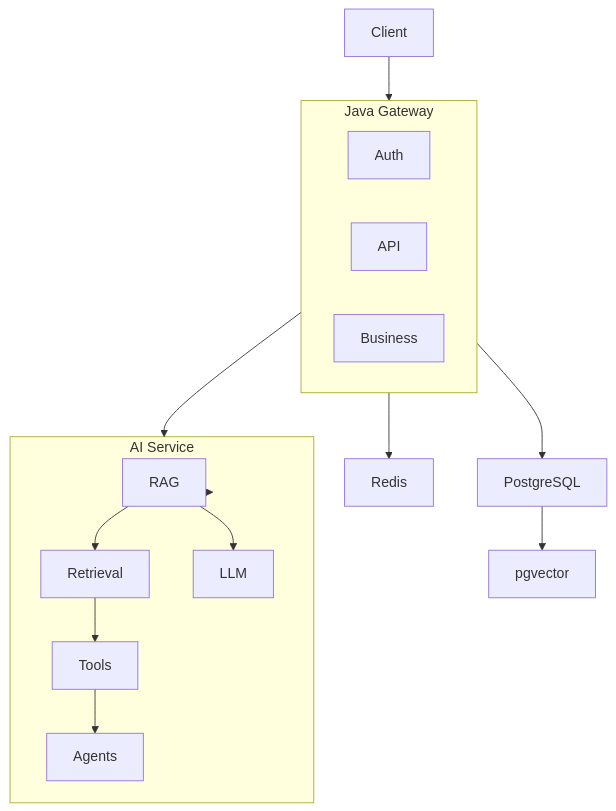
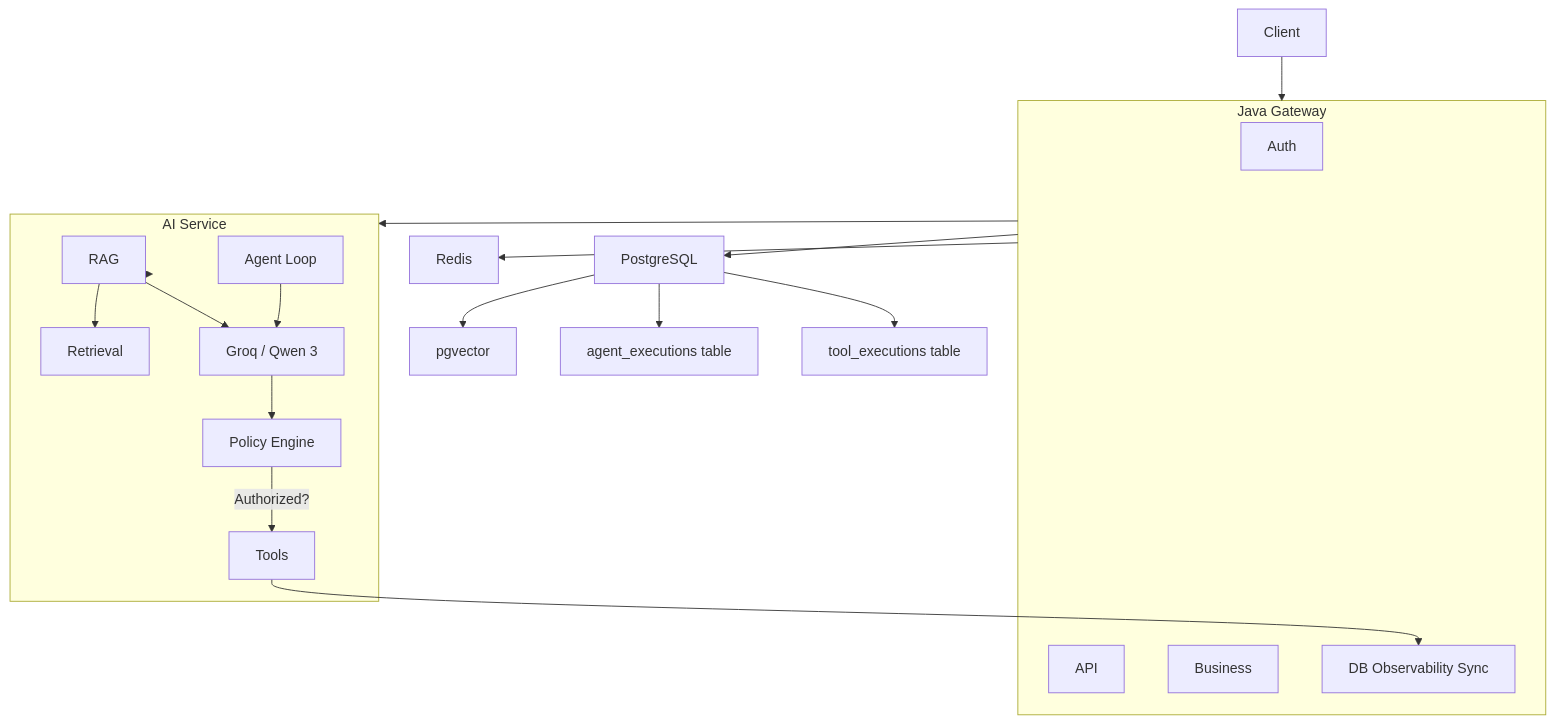
One commit to sam08153/enterprise-agentops changed the first of 2 diagrams in architecture.md. Above: the diagram before and after it, drawn with Mermaid. The commit also changed other lines of this file, not shown here.

Commit message:
docs: update architecture.md with observability and agent flow sequence diagram

```````diff
--- a/architecture.md
+++ b/architecture.md
@@ -7,42 +7,52 @@
 ```mermaid
 graph TD
     %% Clients
     Client["Client"]
 
     %% Gateway Layer
     subgraph Gateway ["Java Gateway"]
         Auth["Auth"]
         API["API"]
         Business["Business"]
+        DBPersistence["DB Observability Sync"]
     end
 
     %% Storage & Service Split
     PostgreSQL["PostgreSQL"]
     Redis["Redis"]
     
     subgraph AIService ["AI Service"]
         RAG["RAG"]
         Retrieval["Retrieval"]
-        LLM["LLM"]
+        LLM["Groq / Qwen 3"]
+        PolicyEngine["Policy Engine"]
         Tools["Tools"]
-        Agents["Agents"]
+        Agents["Agent Loop"]
     end
 
     %% Database details
     pgvector["pgvector"]
+    agent_executions["agent_executions table"]
+    tool_executions["tool_executions table"]
 
     %% Flow Relations
     Client --> Gateway
     Gateway --> PostgreSQL
     Gateway --> Redis
     Gateway --> AIService
 
     PostgreSQL --> pgvector
+    PostgreSQL --> agent_executions
+    PostgreSQL --> tool_executions
 
     %% AI Service internal hierarchy
     AIService --> RAG
     RAG --> Retrieval
     RAG --> LLM
-    Retrieval --> Tools
-    Tools --> Agents
-``````
+    
+    %% Agent loop & tool execution flow
+    Agents --> LLM
+    LLM --> PolicyEngine
+    PolicyEngine -->|Authorized?| Tools
+    Tools --> DBPersistence
+```
```````
